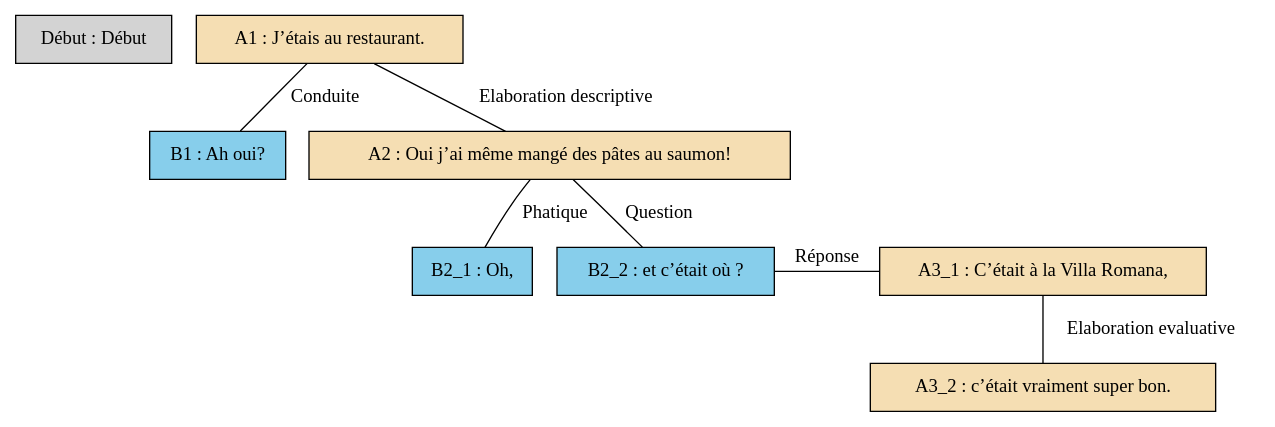
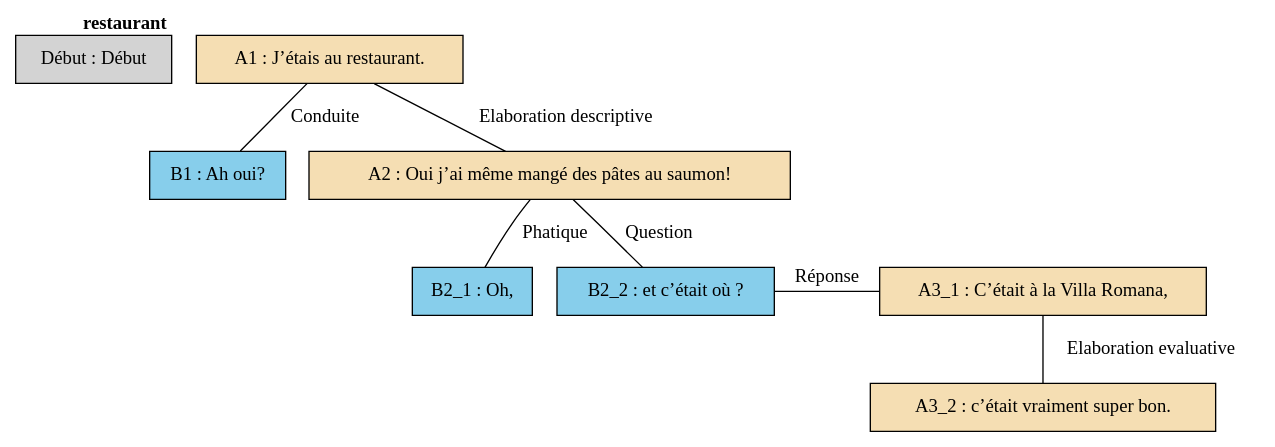
One commit to AlaixComet/AnnotationSlamPTut changed the diagram in arbres/Bac_a_sable/Bac_a_sable_-_C01.gv. Above: the diagram before and after it, drawn with Graphviz. The commit also changed 308 other files, not shown here.

Commit message:
arbre avec themes (ui fallait juste redémarrer mon ordi pour faire marcher graphviz :'( )

```diff
--- a/arbres/Bac_a_sable/Bac_a_sable_-_C01.gv
+++ b/arbres/Bac_a_sable/Bac_a_sable_-_C01.gv
@@ -1,22 +1,22 @@
 digraph C01 {
 	node [shape=box style=filled]
-	"Début" [label="Début : Début"]
-	A1 [label="A1 : J’étais au restaurant." fillcolor=wheat]
-	B1 [label="B1 : Ah oui?" fillcolor=skyblue]
-	A2 [label="A2 : Oui j’ai même mangé des pâtes au saumon!" fillcolor=wheat]
-	B2_1 [label="B2_1 : Oh," fillcolor=skyblue]
-	B2_2 [label="B2_2 : et c’était où ?" fillcolor=skyblue]
-	A3_1 [label="A3_1 : C’était à la Villa Romana," fillcolor=wheat]
-	A3_2 [label="A3_2 : c’était vraiment super bon." fillcolor=wheat]
+	"Début" [label="Début : Début" xlabel=""]
+	A1 [label="A1 : J’étais au restaurant." fillcolor=wheat xlabel=<<B>restaurant</B>>]
+	B1 [label="B1 : Ah oui?" fillcolor=skyblue xlabel=""]
+	A2 [label="A2 : Oui j’ai même mangé des pâtes au saumon!" fillcolor=wheat xlabel=""]
+	B2_1 [label="B2_1 : Oh," fillcolor=skyblue xlabel=""]
+	B2_2 [label="B2_2 : et c’était où ?" fillcolor=skyblue xlabel=""]
+	A3_1 [label="A3_1 : C’était à la Villa Romana," fillcolor=wheat xlabel=""]
+	A3_2 [label="A3_2 : c’était vraiment super bon." fillcolor=wheat xlabel=""]
 	A3_1 -> A3_2 [label="Elaboration evaluative" dir=none]
 	A1 -> B1 [label=Conduite dir=none]
 	A2 -> B2_1 [label=Phatique dir=none]
 	A2 -> B2_2 [label=Question dir=none]
 	{
 		rank=same
 		B2_2
 		A3_1
 		B2_2 -> A3_1 [label="Réponse" dir=none]
 	}
 	A1 -> A2 [label="Elaboration descriptive" dir=none]
 }
```
